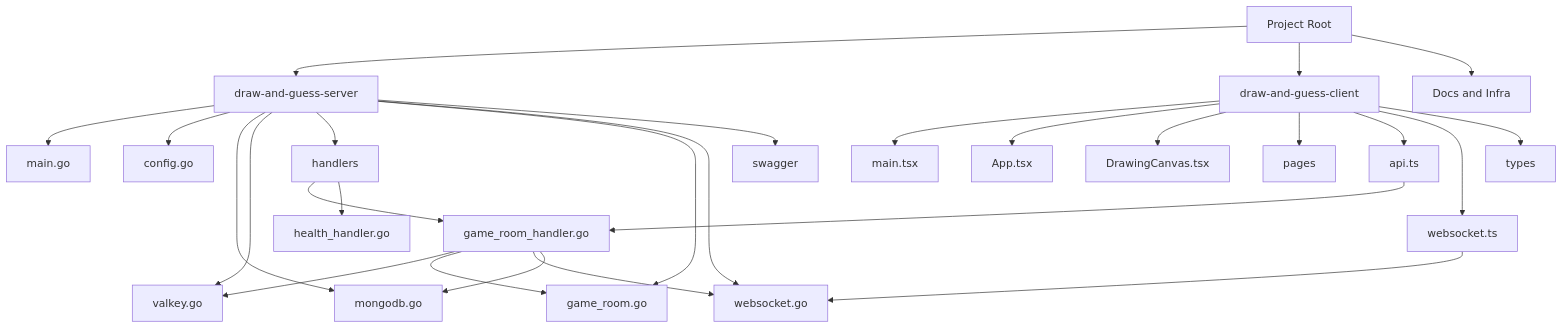
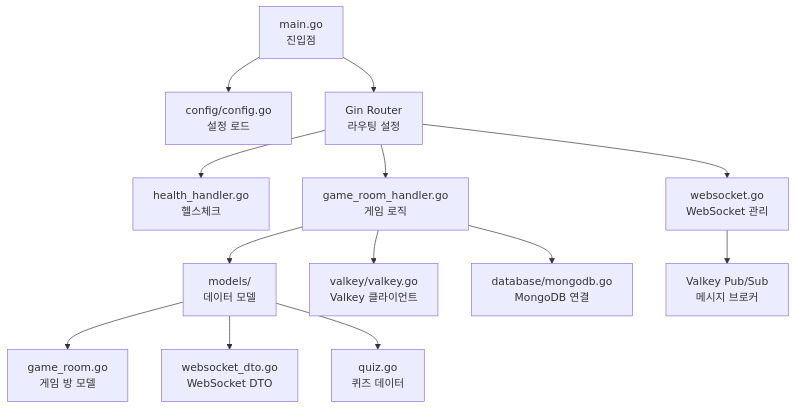
Before and after one commit to ten-choi/golang-mini-game: the third of 8 diagrams in ARCHITECTURE.md, drawn with Mermaid. The commit also changed other lines of this file and 29 other files, not shown here.

Commit message:
add: ox quiz, general quiz and k8s valkey, mongosetting

````diff
--- a/ARCHITECTURE.md
+++ b/ARCHITECTURE.md
@@ -17,35 +97,20 @@
 ```mermaid
 graph TD
-  A[Project Root] --> B[draw-and-guess-server]
-  A --> C[draw-and-guess-client]
-  A --> D[Docs and Infra]
-
-  B --> B1[main.go]
-  B --> B2[config.go]
-  B --> B3[mongodb.go]
-  B --> B4[valkey.go]
-  B --> B5[handlers]
-  B --> B6[game_room.go]
-  B --> B7[websocket.go]
-  B --> B8[swagger]
-
-  B5 --> H1[game_room_handler.go]
-  B5 --> H2[health_handler.go]
-
-  H1 --> B4
-  H1 --> B6
-  H1 --> B7
-  H1 --> B3
-
-  C --> C1[main.tsx]
-  C --> C2[App.tsx]
-  C --> C3[DrawingCanvas.tsx]
-  C --> C4[pages]
-  C --> C5[api.ts]
-  C --> C6[websocket.ts]
-  C --> C7[types]
-
-  C5 --> H1
-  C6 --> B7
-
+    Main[main.go<br/>진입점]
+    Main --> Config[config/config.go<br/>설정 로드]
+    Main --> Router[Gin Router<br/>라우팅 설정]
+    
+    Router --> HealthHandler[health_handler.go<br/>헬스체크]
+    Router --> GameHandler[game_room_handler.go<br/>게임 로직]
+    Router --> WSHandler[websocket.go<br/>WebSocket 관리]
+    
+    GameHandler --> Models[models/<br/>데이터 모델]
+    GameHandler --> ValkeyClient[valkey/valkey.go<br/>Valkey 클라이언트]
+    GameHandler --> MongoDB[database/mongodb.go<br/>MongoDB 연결]
+    
+    WSHandler --> ValkeyPubSub[Valkey Pub/Sub<br/>메시지 브로커]
+    
+    Models --> GameRoom[game_room.go<br/>게임 방 모델]
+    Models --> WsDTO[websocket_dto.go<br/>WebSocket DTO]
+    Models --> Quiz[quiz.go<br/>퀴즈 데이터]
 ```
````
